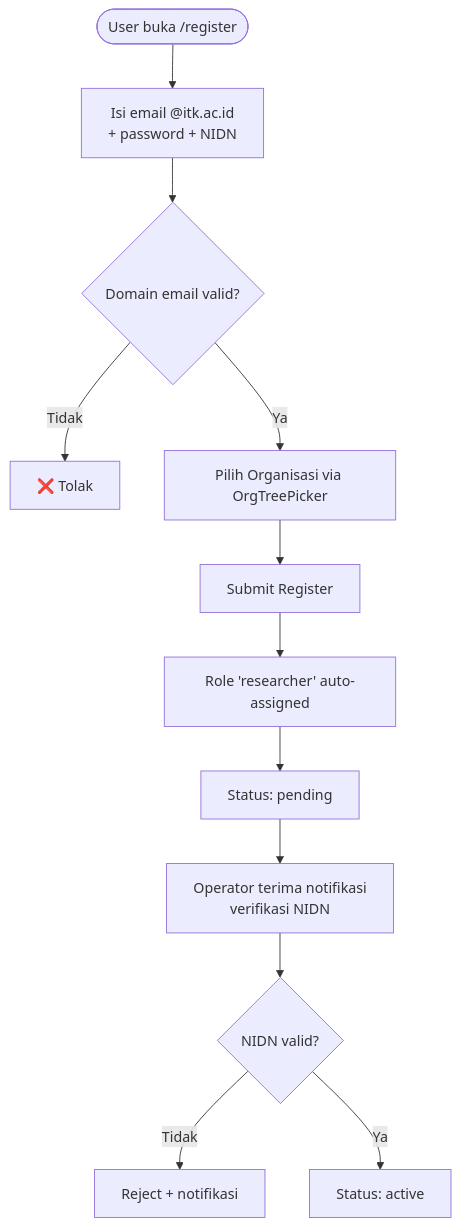
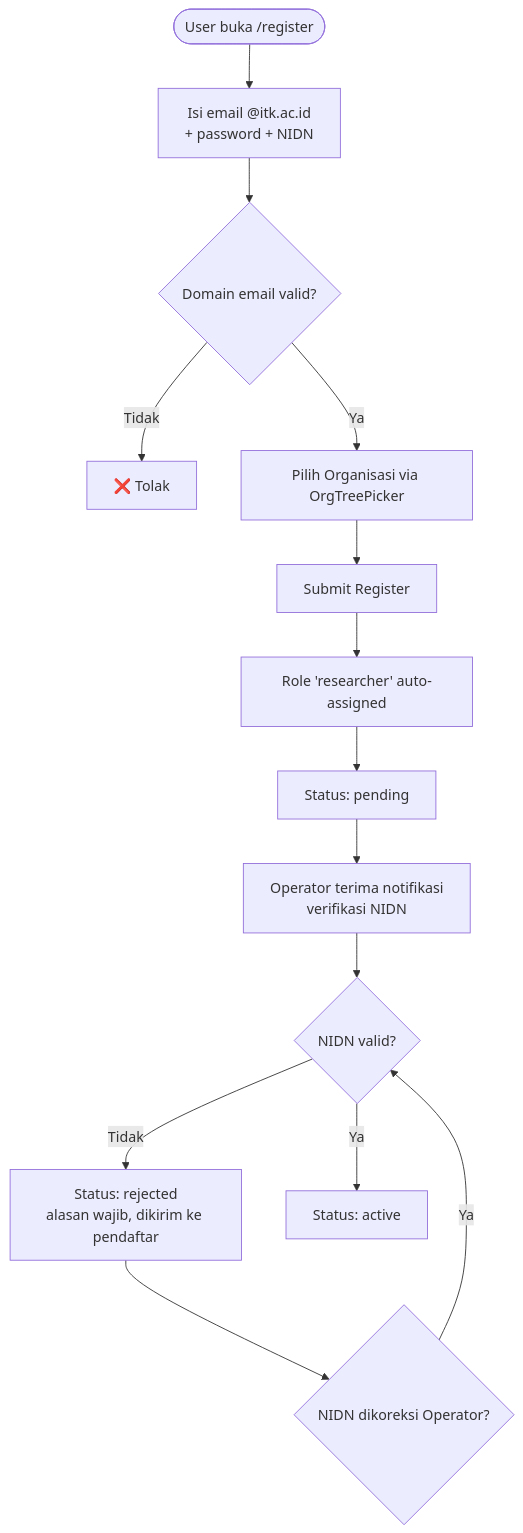
Before and after one commit to nas11ai/sim-kerjasama-itk: the first of 6 diagrams in docs/requirement-analysis/ddd/generic/02_identity_access.md, drawn with Mermaid. The commit also changed other lines of this file and 14 other files, not shown here.

````diff
--- a/docs/requirement-analysis/ddd/generic/02_identity_access.md
+++ b/docs/requirement-analysis/ddd/generic/02_identity_access.md
@@ -24,14 +24,16 @@
 ```mermaid
 flowchart TD
     START([User buka /register]) --> A[Isi email @itk.ac.id\n+ password + NIDN]
     A --> B{Domain email valid?}
     B -->|Tidak| ERR[❌ Tolak]
     B -->|Ya| C[Pilih Organisasi via OrgTreePicker]
     C --> D[Submit Register]
     D --> E[Role 'researcher' auto-assigned]
     E --> F[Status: pending]
     F --> G[Operator terima notifikasi\nverifikasi NIDN]
     G --> H{NIDN valid?}
-    H -->|Tidak| I[Reject + notifikasi]
+    H -->|Tidak| I[Status: rejected\nalasan wajib, dikirim ke pendaftar]
     H -->|Ya| J[Status: active]
+    I --> K{NIDN dikoreksi Operator?}
+    K -->|Ya| H
 ```
````
